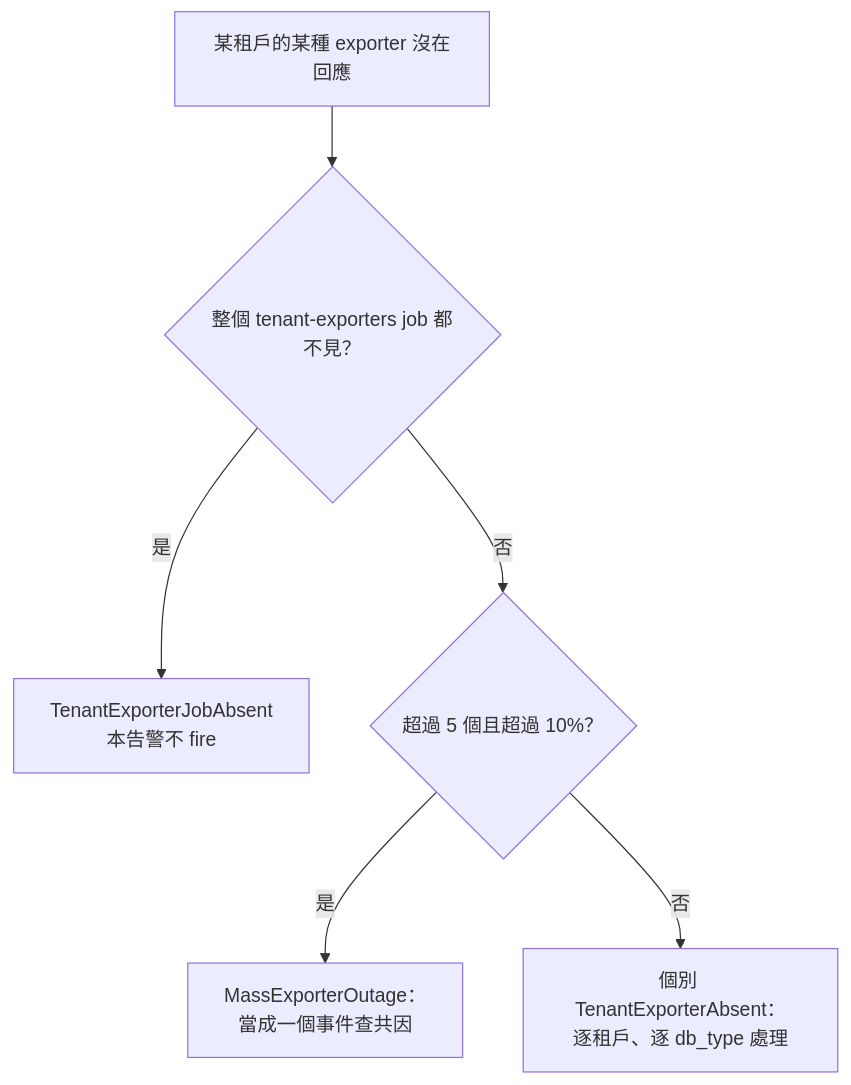
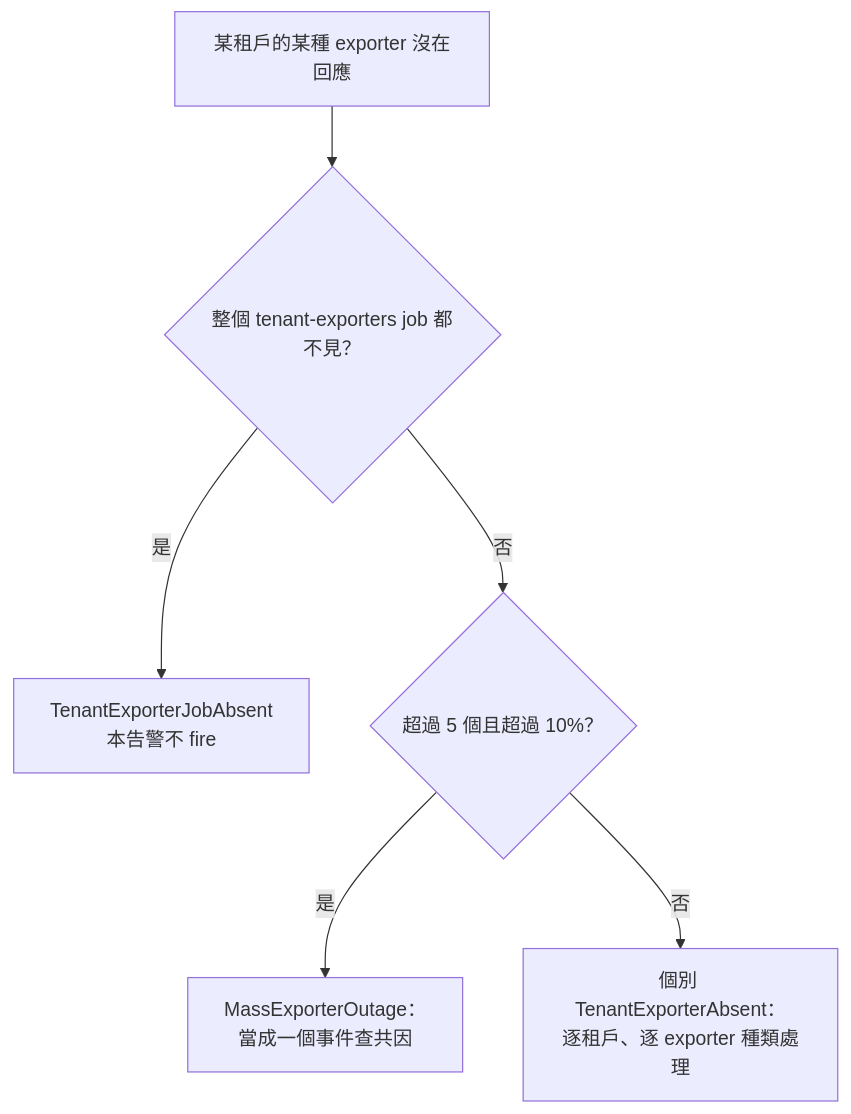
The second of 2 diagrams in docs/integration/troubleshooting-checklist.md (vencil/Dynamic-Alerting-Integrations), drawn with Mermaid before and after one commit. The commit also changed other lines of this file and 178 other files, not shown here.

````diff
--- a/docs/integration/troubleshooting-checklist.md
+++ b/docs/integration/troubleshooting-checklist.md
@@ -1184,8 +1184,8 @@
 ```mermaid
 flowchart TD
     A[某租戶的某種 exporter 沒在回應] --> B{整個 tenant-exporters job 都不見？}
     B -- 是 --> J[TenantExporterJobAbsent<br/>本告警不 fire]
     B -- 否 --> C{超過 5 個且超過 10%？}
     C -- 是 --> M[MassExporterOutage：<br/>當成一個事件查共因]
-    C -- 否 --> T[個別 TenantExporterAbsent：<br/>逐租戶、逐 db_type 處理]
+    C -- 否 --> T[個別 TenantExporterAbsent：<br/>逐租戶、逐 exporter 種類處理]
 ```
````
